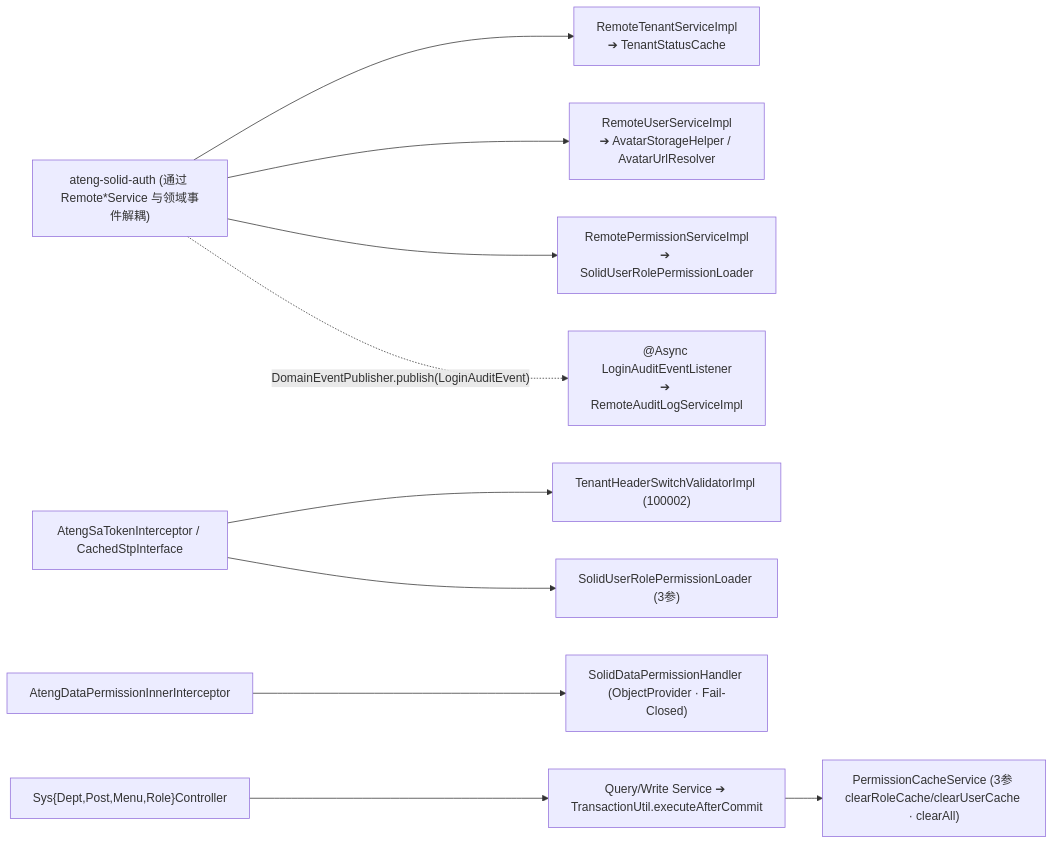
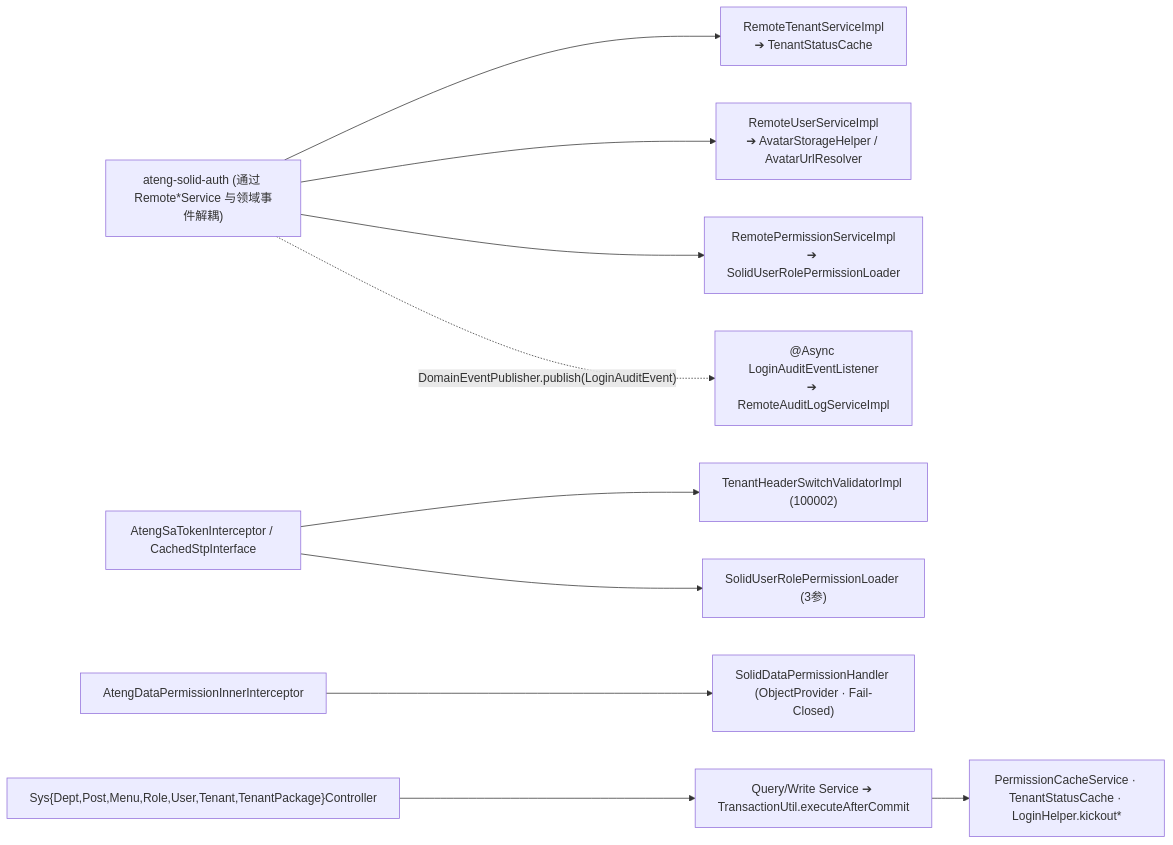
Before and after one commit to atengk/ateng-solid-server: the diagram in ateng-solid-system/README.md, drawn with Mermaid. The commit also changed other lines of this file and 3 other files, not shown here.

````diff
--- a/ateng-solid-system/README.md
+++ b/ateng-solid-system/README.md
@@ -44,12 +47,12 @@
 ```mermaid
 flowchart LR
     Auth["ateng-solid-auth (通过 Remote*Service 与领域事件解耦)"] --> TenantSvc["RemoteTenantServiceImpl<br/>➔ TenantStatusCache"]
     Auth --> UserSvc["RemoteUserServiceImpl<br/>➔ AvatarStorageHelper / AvatarUrlResolver"]
     Auth --> PermSvc["RemotePermissionServiceImpl<br/>➔ SolidUserRolePermissionLoader"]
     Auth -. "DomainEventPublisher.publish(LoginAuditEvent)" .-> AuditLsn["@Async LoginAuditEventListener<br/>➔ RemoteAuditLogServiceImpl"]
     SaToken["AtengSaTokenInterceptor / CachedStpInterface"] --> SwitchSPI["TenantHeaderSwitchValidatorImpl (100002)"]
     SaToken --> PermSPI["SolidUserRolePermissionLoader (3参)"]
     MP["AtengDataPermissionInnerInterceptor"] --> DataPerm["SolidDataPermissionHandler (ObjectProvider<Mapper> · Fail-Closed)"]
-    WebCtrl["Sys{Dept,Post,Menu,Role}Controller"] --> AppSvc["Query/Write Service ➔ TransactionUtil.executeAfterCommit"]
-    AppSvc --> Cache["PermissionCacheService (3参 clearRoleCache/clearUserCache · clearAll)"]
+    WebCtrl["Sys{Dept,Post,Menu,Role,User,Tenant,TenantPackage}Controller"] --> AppSvc["Query/Write Service ➔ TransactionUtil.executeAfterCommit"]
+    AppSvc --> Cache["PermissionCacheService · TenantStatusCache · LoginHelper.kickout*"]
 ```
````
